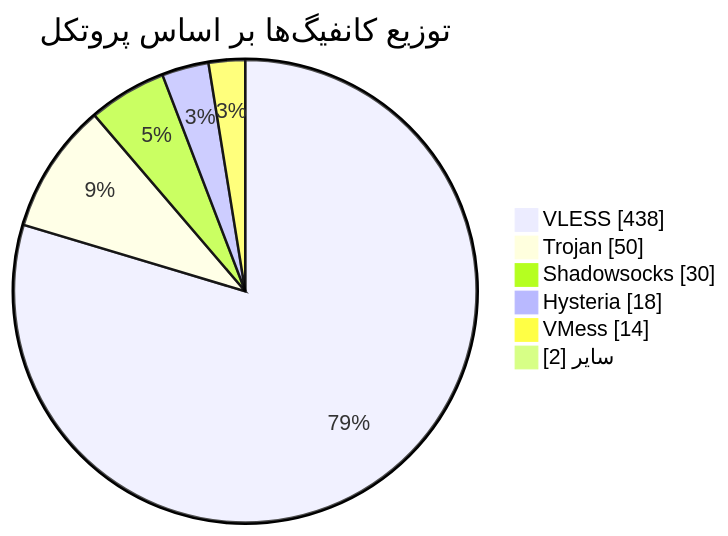
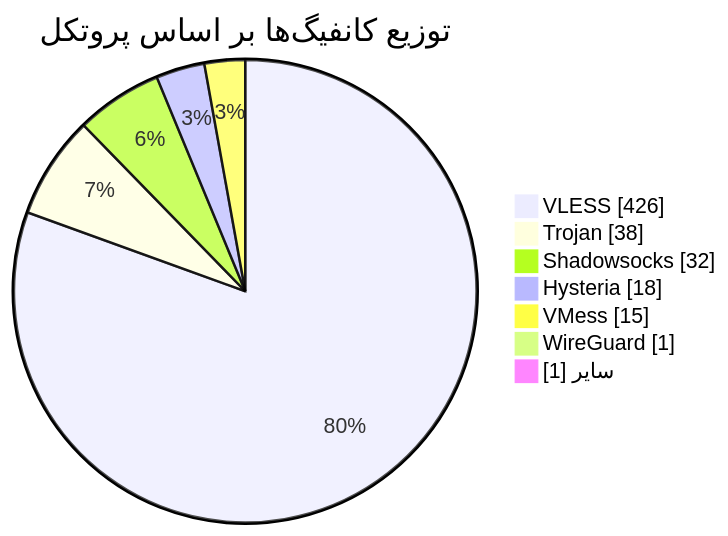
One commit to Arian-Alijani/Somthing changed the diagram in README.md. Above: the diagram before and after it, drawn with Mermaid. The commit also changed other lines of this file and 79 other files, not shown here.

````diff
--- a/README.md
+++ b/README.md
@@ -48,10 +49,11 @@
 ```mermaid
 pie showData
     title توزیع کانفیگ‌ها بر اساس پروتکل
-    "VLESS" : 438
-    "Trojan" : 50
-    "Shadowsocks" : 30
+    "VLESS" : 426
+    "Trojan" : 38
+    "Shadowsocks" : 32
     "Hysteria" : 18
-    "VMess" : 14
-    "سایر" : 2
+    "VMess" : 15
+    "WireGuard" : 1
+    "سایر" : 1
 ```
````
